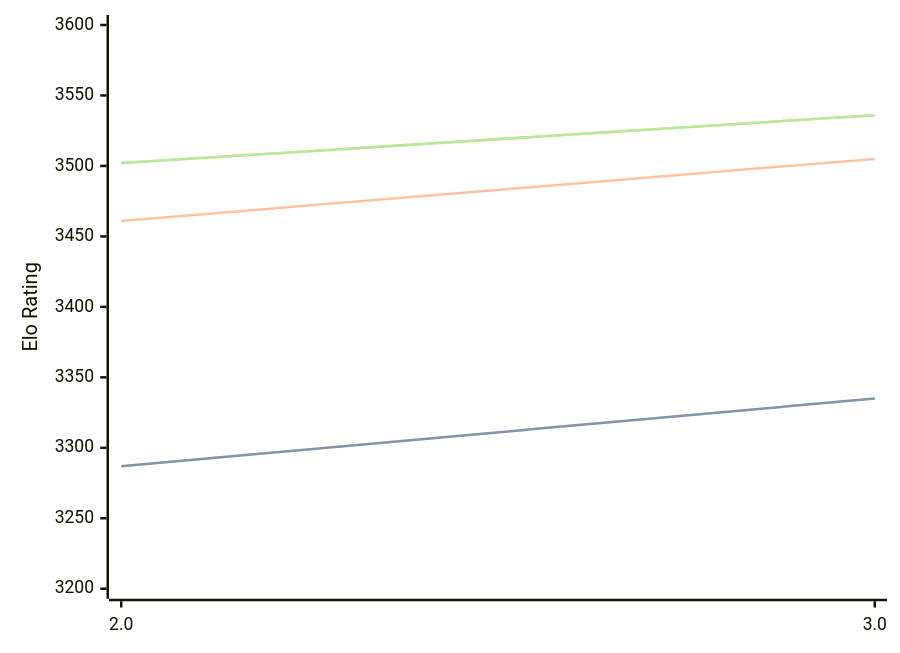
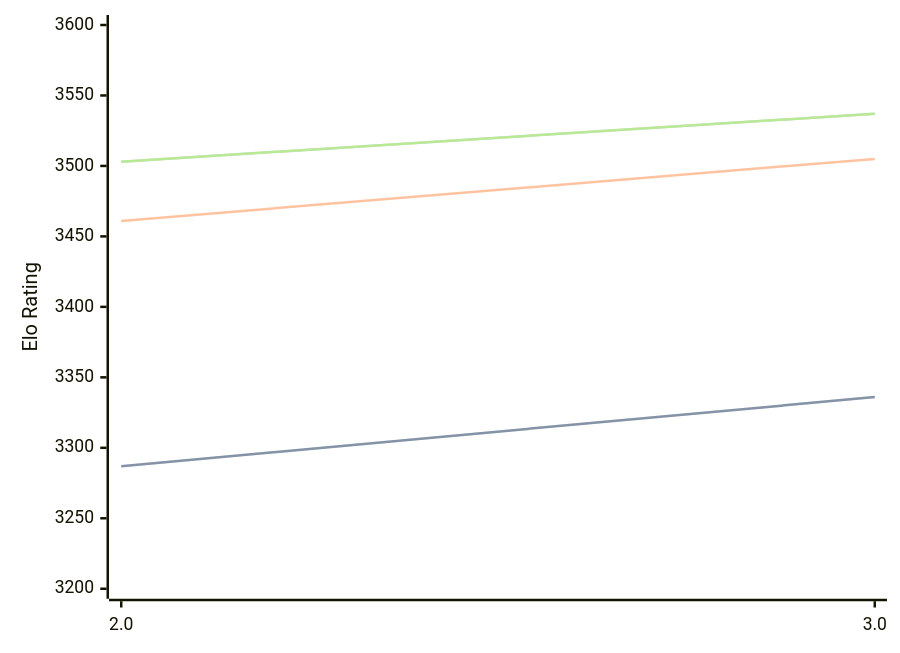
One commit to computer-chess-index/cci changed the diagram in engines/Quanticade.md. Above: the diagram before and after it, drawn with Mermaid. The commit also changed other lines of this file, not shown here.

Commit message:
Update CCI Ratings (ELO VLTC) - 2026-08-10

````diff
--- a/engines/Quanticade.md
+++ b/engines/Quanticade.md
@@ -32,11 +32,11 @@
 ```mermaid
 %%{init: {"theme":"base","themeVariables":{"seriesColors:['#a3a3a3','#222221','#faa371']}}}%%
 xychart-beta
   x-axis ["2.0", "3.0"]
   y-axis "Elo Rating" 3200 --> 3600
-  line "STC (8.0+0.08s)" [3287, 3335]
-  line "STC (8.0+0.08s)" [3287, 3335]
+  line "STC (8.0+0.08s)" [3287, 3336]
+  line "STC (8.0+0.08s)" [3287, 3336]
   line "LTC (60.0+0.60s)" [3461, 3505]
-  line "VLTC (2m24s+1.12s)" [3502, 3536]
-  line "VLTC (2m24s+1.12s)" [3502, 3536]
+  line "VLTC (2m24s+1.12s)" [3503, 3537]
+  line "VLTC (2m24s+1.12s)" [3503, 3537]
 ```
````
